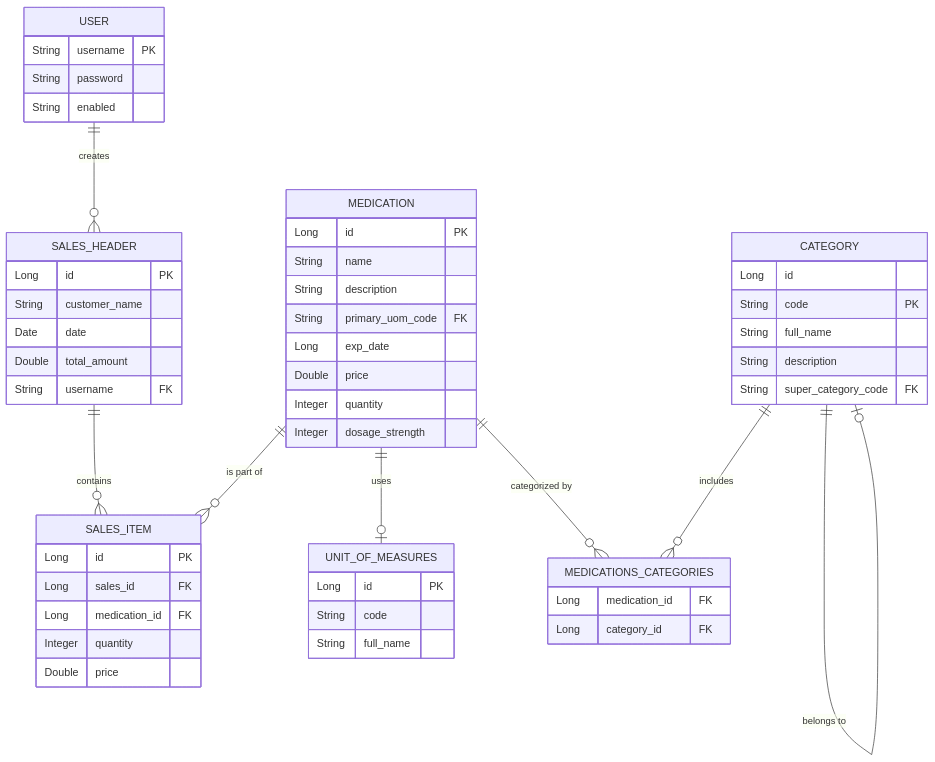
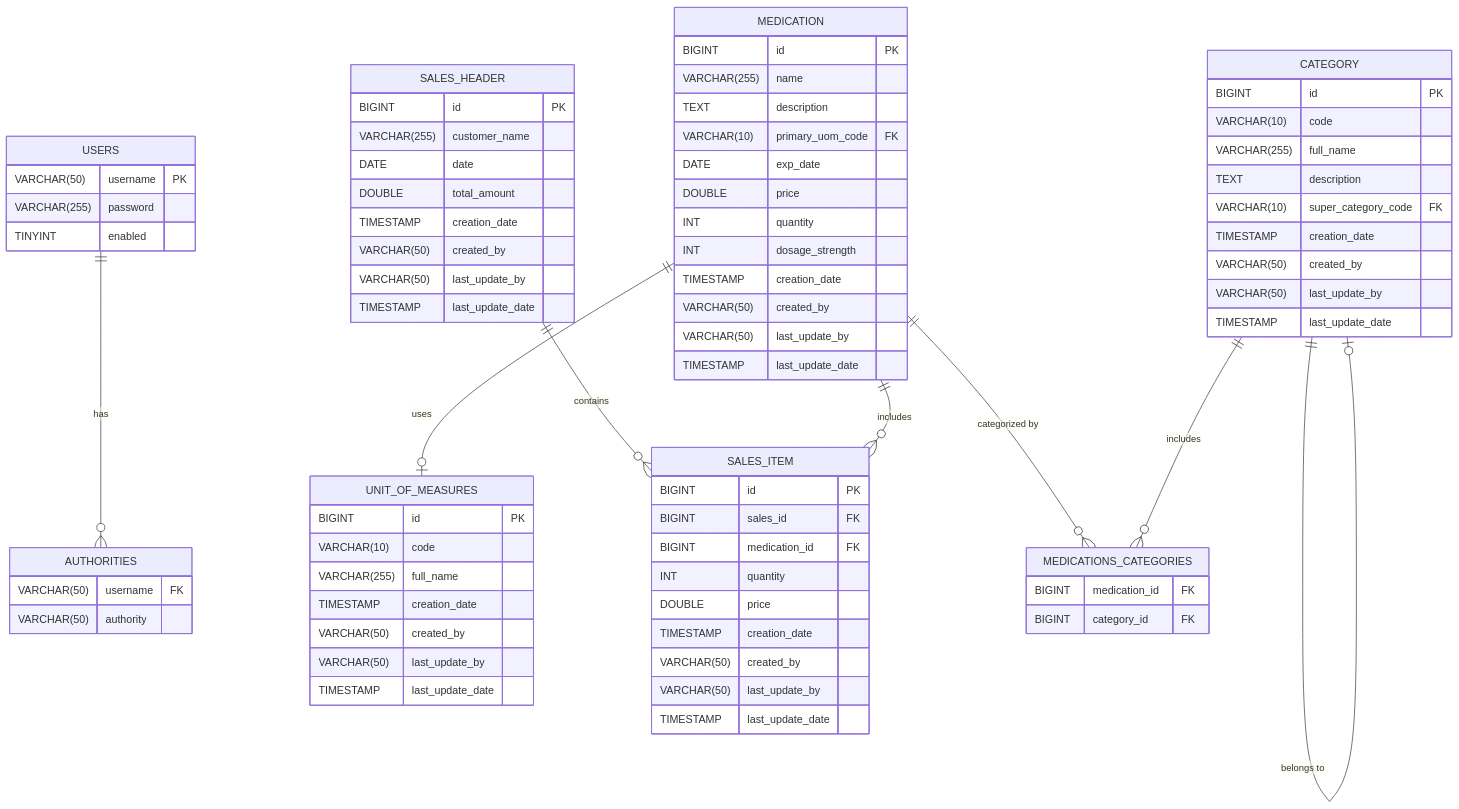
One commit to abdulhamidmazroua/Pharmacy-Information-System changed the diagram in diagrams/erd_diagram.mermaid. Above: the diagram before and after it, drawn with Mermaid. The commit also changed 7 other files, not shown here.

```diff
--- a/diagrams/erd_diagram.mermaid
+++ b/diagrams/erd_diagram.mermaid
@@ -1,60 +1,84 @@
 erDiagram
-    USER {
-        String username PK
-        String password
-        String enabled
+    USERS {
+        VARCHAR(50) username PK
+        VARCHAR(255) password
+        TINYINT enabled
     }
 
-    SALES_HEADER {
-        Long id PK
-        String customer_name
-        Date date
-        Double total_amount
-        String username FK
+AUTHORITIES {
+VARCHAR(50) username FK
+VARCHAR(50) authority
+}
+
+UNIT_OF_MEASURES {
+BIGINT id PK
+VARCHAR(10) code
+VARCHAR(255) full_name
+TIMESTAMP creation_date
+VARCHAR(50) created_by
+VARCHAR(50) last_update_by
+TIMESTAMP last_update_date
+}
+
+CATEGORY {
+BIGINT id PK
+VARCHAR(10) code
+VARCHAR(255) full_name
+TEXT description
+VARCHAR(10) super_category_code FK
+TIMESTAMP creation_date
+VARCHAR(50) created_by
+VARCHAR(50) last_update_by
+TIMESTAMP last_update_date
+}
+
+MEDICATION {
+BIGINT id PK
+VARCHAR(255) name
+TEXT description
+VARCHAR(10) primary_uom_code FK
+DATE exp_date
+DOUBLE price
+INT quantity
+INT dosage_strength
+TIMESTAMP creation_date
+VARCHAR(50) created_by
+VARCHAR(50) last_update_by
+TIMESTAMP last_update_date
+}
+
+SALES_HEADER {
+BIGINT id PK
+VARCHAR(255) customer_name
+DATE date
+DOUBLE total_amount
+TIMESTAMP creation_date
+VARCHAR(50) created_by
+VARCHAR(50) last_update_by
+TIMESTAMP last_update_date
+}
+
+SALES_ITEM {
+BIGINT id PK
+BIGINT sales_id FK
+BIGINT medication_id FK
+INT quantity
+DOUBLE price
+TIMESTAMP creation_date
+VARCHAR(50) created_by
+VARCHAR(50) last_update_by
+TIMESTAMP last_update_date
     }
 
-    SALES_ITEM {
-        Long id PK
-        Long sales_id FK
-        Long medication_id FK
-        Integer quantity
-        Double price
-    }
+MEDICATIONS_CATEGORIES {
+BIGINT medication_id FK
+BIGINT category_id FK
+}
 
-    MEDICATION {
-        Long id PK
-        String name
-        String description
-        String primary_uom_code FK
-        Long exp_date
-        Double price
-        Integer quantity
-        Integer dosage_strength
-    }
-
-    UNIT_OF_MEASURES {
-        Long id PK
-        String code
-        String full_name
-    }
-
-    CATEGORY {
-        Long id
-        String code PK
-        String full_name
-        String description
-        String super_category_code FK
-    }
-
-    MEDICATIONS_CATEGORIES {
-        Long medication_id FK
-        Long category_id FK
-    }
-
-    USER ||--o{ SALES_HEADER : "creates"
-    SALES_HEADER ||--o{ SALES_ITEM : "contains"
-    MEDICATION ||--o{ SALES_ITEM : "is part of"
-    MEDICATION ||--o| UNIT_OF_MEASURES : "uses"
-    CATEGORY ||--o| CATEGORY : "belongs to"
-    MEDICATION ||--o{ MEDICATIONS_CATEGORIES : "categorized by"
-    CATEGORY ||--o{ MEDICATIONS_CATEGORIES : "includes"
+USERS ||--o{ AUTHORITIES : "has"
+SALES_HEADER ||--o{ SALES_ITEM : "contains"
+MEDICATION ||--o{ SALES_ITEM : "includes"
+MEDICATION ||--o| UNIT_OF_MEASURES : "uses"
+CATEGORY ||--o| CATEGORY : "belongs to"
+MEDICATION ||--o{ MEDICATIONS_CATEGORIES : "categorized by"
+CATEGORY ||--o{ MEDICATIONS_CATEGORIES : "includes"
```
